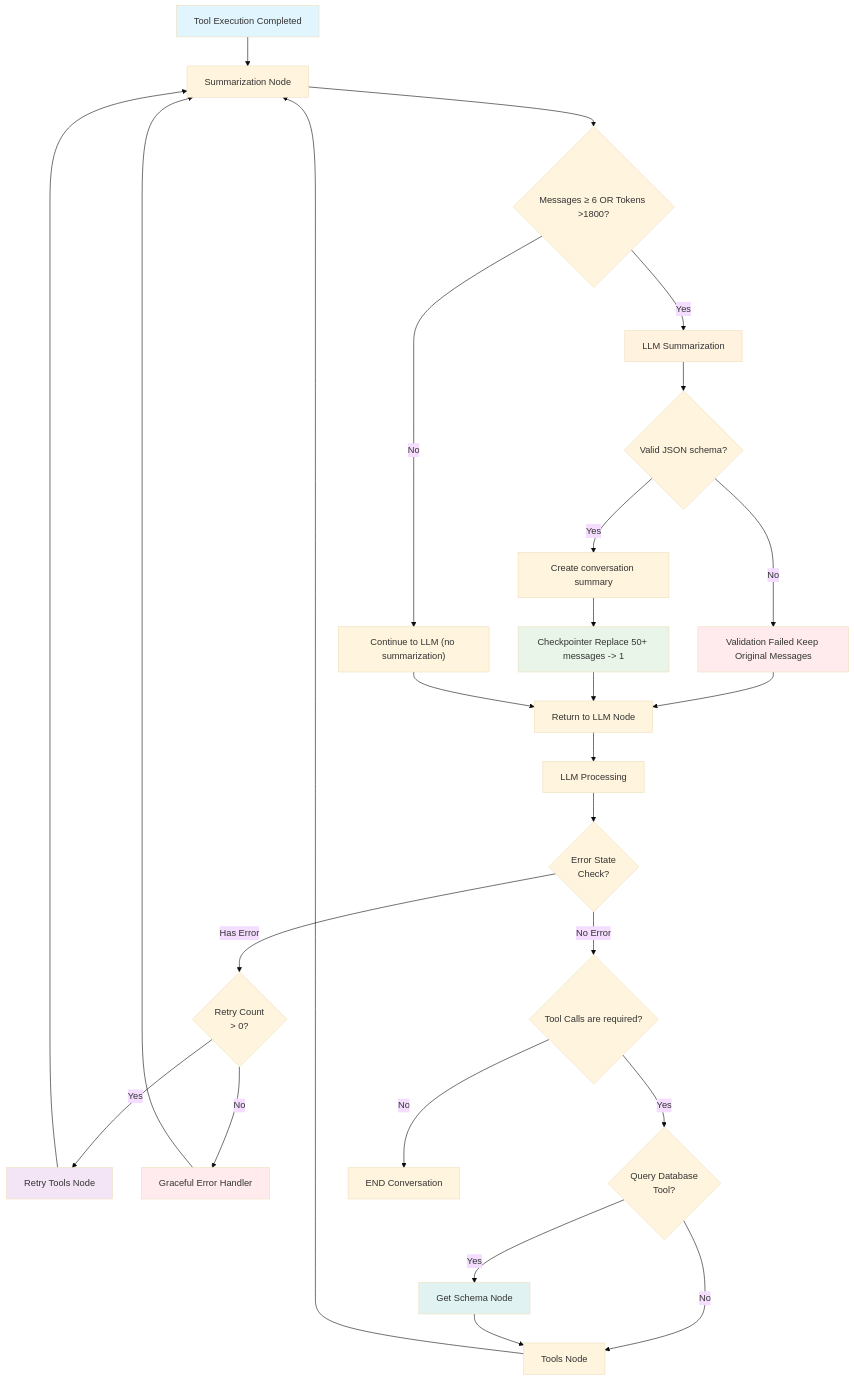
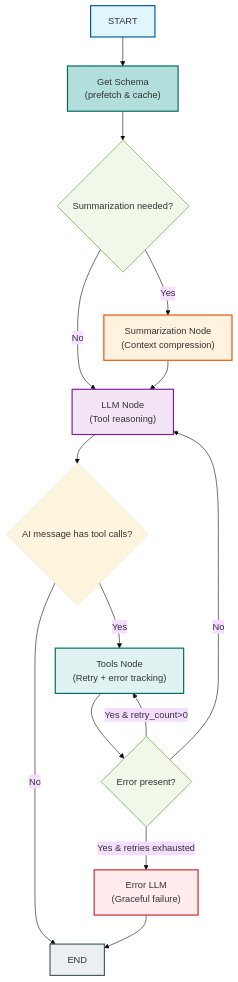
Before and after one commit to phaa/dyno-agent: the diagram in docs/AGENT_TOOLS.md, drawn with Mermaid (base theme). The commit also changed other lines of this file and 1 other file, not shown here.

````diff
--- a/docs/AGENT_TOOLS.md
+++ b/docs/AGENT_TOOLS.md
@@ -11,46 +11,31 @@
 ```mermaid
 flowchart TD
-    A["Tool Execution Completed"] --> B["Summarization Node"]
-    B --> C{"Messages ≥ 6 OR Tokens >1800?"}
-    
-    C -->|"No"| D["Continue to LLM (no summarization)"]
-    C -->|"Yes"| E["LLM Summarization"]
-    
-    E --> F{"Valid JSON schema?"}
-    F -->|"No"| G["Validation Failed Keep Original Messages"]
-    F -->|"Yes"| H["Create conversation summary"]
-    
-    H --> I["Checkpointer Replace 50+ messages -> 1"]
-    
-    G --> J["Return to LLM Node"]
-    I --> J
-    D --> J
-    
-    J --> K["LLM Processing"]
-    K --> L{"Error State<br/>Check?"}
-    
-    L -->|"Has Error"| M{"Retry Count<br/>> 0?"}
-    L -->|"No Error"| N{"Tool Calls are required?"}
-    
-    M -->|"Yes"| O["Retry Tools Node"]
-    M -->|"No"| P["Graceful Error Handler"]
-    
-    N -->|"Yes"| Q{"Query Database<br/>Tool?"}
-    N -->|"No"| R["END Conversation"]
-    
-    Q -->|"Yes"| S["Get Schema Node"]
-    Q -->|"No"| T["Tools Node"]
-    
-    S --> T
-    O --> B
-    T --> B
-    P --> B
-    
-    style A fill:#e1f5fe
-    style E fill:#fff3e0
-    style I fill:#e8f5e8
-    style G fill:#ffebee
-    style O fill:#f3e5f5
-    style P fill:#ffebee
-    style S fill:#e0f2f1
+    START["START"] --> GET_SCHEMA["Get Schema <br> (prefetch & cache)"]
+    GET_SCHEMA --> ROUTE_SCHEMA{"Summarization needed?"}
+
+    ROUTE_SCHEMA -->|"Yes"| SUMMARIZE["Summarization Node <br> (Context compression)"]
+    ROUTE_SCHEMA -->|"No"| LLM["LLM Node<br/>(Tool reasoning)"]
+
+    SUMMARIZE --> LLM
+
+    LLM --> ROUTE_LLM{"AI message has tool calls?"}
+    ROUTE_LLM -->|"Yes"| TOOLS["Tools Node <br> (Retry + error tracking)"]
+    ROUTE_LLM -->|"No"| END["END"]
+
+    TOOLS --> ROUTE_TOOLS{"Error present?"}
+    ROUTE_TOOLS -->|"Yes & retry_count>0"| TOOLS
+    ROUTE_TOOLS -->|"Yes & retries exhausted"| ERROR_LLM["Error LLM <br> (Graceful failure)"]
+    ROUTE_TOOLS -->|"No"| LLM
+
+    ERROR_LLM --> END
+
+    style START fill:#e1f5fe,stroke:#01579b,stroke-width:2px
+    style GET_SCHEMA fill:#b2dfdb,stroke:#00695c,stroke-width:2px
+    style ROUTE_SCHEMA fill:#f1f8e9,stroke:#558b2f
+    style SUMMARIZE fill:#fff3e0,stroke:#e65100,stroke-width:2px
+    style LLM fill:#f3e5f5,stroke:#7b1fa2,stroke-width:2px
+    style TOOLS fill:#e0f2f1,stroke:#00695c,stroke-width:2px
+    style ROUTE_TOOLS fill:#f1f8e9,stroke:#558b2f
+    style ERROR_LLM fill:#ffebee,stroke:#c62828,stroke-width:2px
+    style END fill:#eceff1,stroke:#455a64,stroke-width:2px
 ```
````
